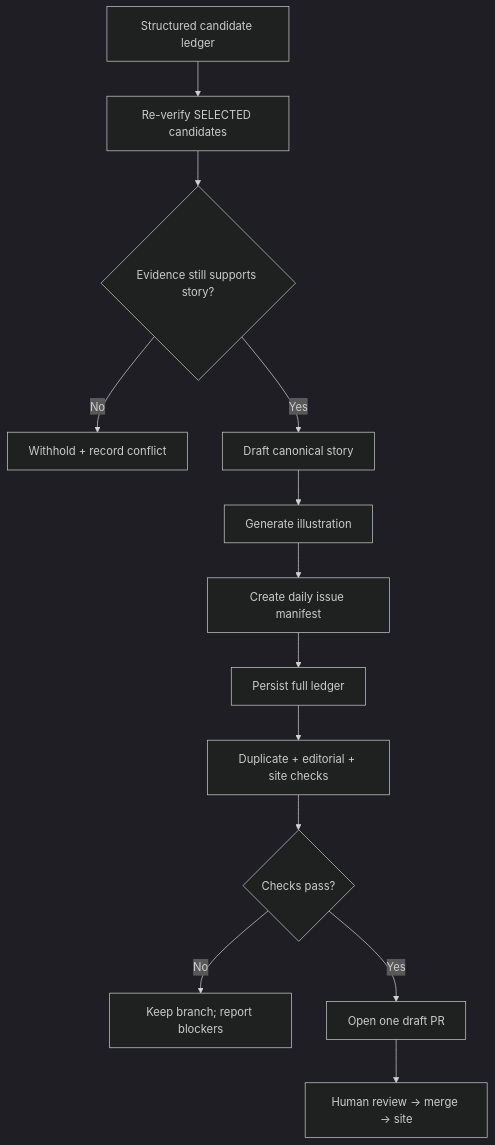
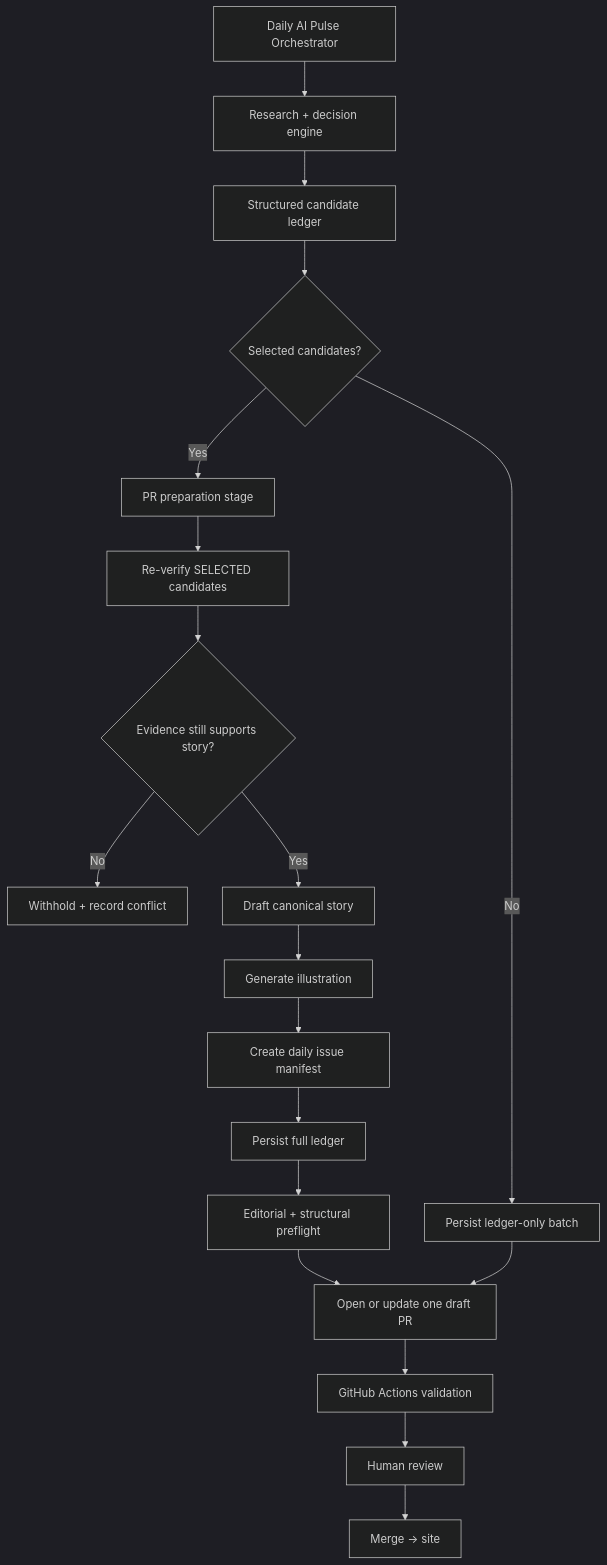
Before and after one commit to GadDev/daily-ai-pulse: the diagram in docs/editorial/PR_PREPARATION_V1.md, drawn with Mermaid (dark theme). The commit also changed other lines of this file and 2 other files, not shown here.

First line of the commit message:
refactor: update README and PR preparation documentation for Daily AI Pulse orchestration

````diff
--- a/docs/editorial/PR_PREPARATION_V1.md
+++ b/docs/editorial/PR_PREPARATION_V1.md
@@ -13,15 +19,26 @@
 ```mermaid
 flowchart TD
-    A["Structured candidate ledger"] --> B["Re-verify SELECTED candidates"]
-    B --> C{"Evidence still supports story?"}
-    C -->|No| D["Withhold + record conflict"]
-    C -->|Yes| E["Draft canonical story"]
-    E --> F["Generate illustration"]
-    F --> G["Create daily issue manifest"]
-    G --> H["Persist full ledger"]
-    H --> I["Duplicate + editorial + site checks"]
-    I --> J{"Checks pass?"}
-    J -->|No| K["Keep branch; report blockers"]
-    J -->|Yes| L["Open one draft PR"]
-    L --> M["Human review → merge → site"]
+    A["Daily AI Pulse Orchestrator"] --> B["Research + decision engine"]
+    B --> C["Structured candidate ledger"]
+    C --> D{"Selected candidates?"}
+
+    D -->|No| E["Persist ledger-only batch"]
+    D -->|Yes| F["PR preparation stage"]
+
+    F --> G["Re-verify SELECTED candidates"]
+    G --> H{"Evidence still supports story?"}
+    H -->|No| I["Withhold + record conflict"]
+    H -->|Yes| J["Draft canonical story"]
+
+    J --> K["Generate illustration"]
+    K --> L["Create daily issue manifest"]
+    L --> M["Persist full ledger"]
+    M --> N["Editorial + structural preflight"]
+    N --> O["Open or update one draft PR"]
+
+    E --> O
+
+    O --> P["GitHub Actions validation"]
+    P --> Q["Human review"]
+    Q --> R["Merge → site"]
 ```
````
